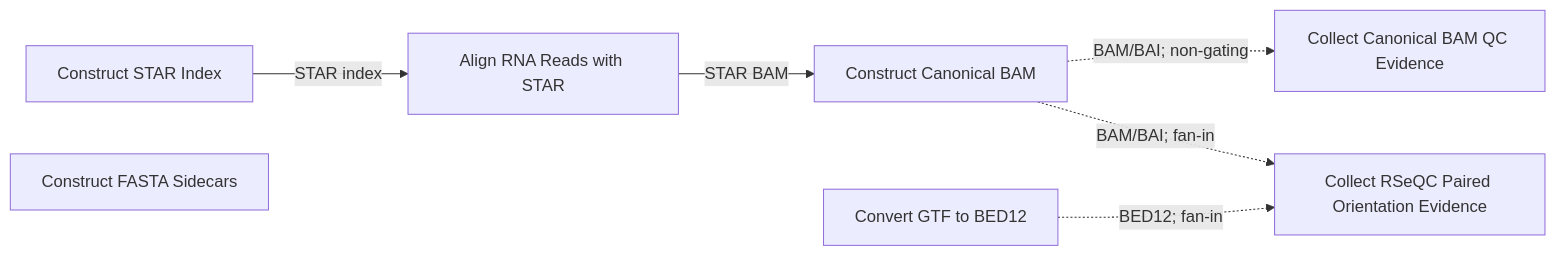
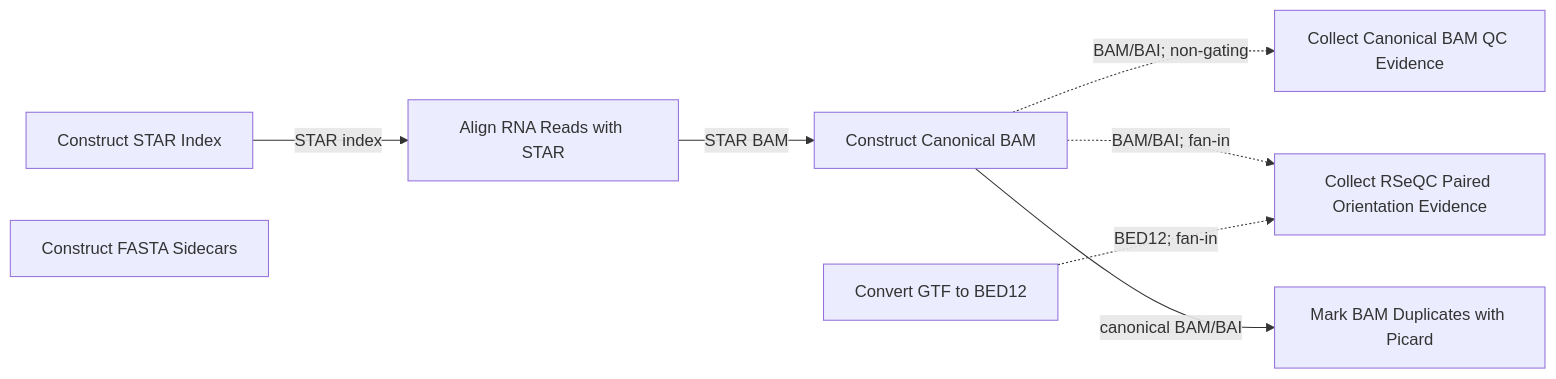
The diagram in src/norad/contracts/STAGE_MAP.md (lab-cats/EMRYS), drawn with Mermaid before and after one commit. The commit also changed other lines of this file, not shown here.

Commit message:
docs: map duplicate marking dependency

````diff
--- a/src/norad/contracts/STAGE_MAP.md
+++ b/src/norad/contracts/STAGE_MAP.md
@@ -99,16 +101,18 @@
 ```mermaid
 flowchart LR
     construct_STAR_index["Construct STAR Index"]
     convert_GTF_to_BED12["Convert GTF to BED12"]
     construct_FASTA_sidecars["Construct FASTA Sidecars"]
     align_RNA_reads_with_STAR["Align RNA Reads with STAR"]
     construct_canonical_BAM["Construct Canonical BAM"]
     collect_canonical_BAM_QC_evidence["Collect Canonical BAM QC Evidence"]
     collect_RSeQC_paired_orientation_evidence["Collect RSeQC Paired Orientation Evidence"]
+    mark_BAM_duplicates_with_Picard["Mark BAM Duplicates with Picard"]
 
     construct_STAR_index -->|STAR index| align_RNA_reads_with_STAR
     align_RNA_reads_with_STAR -->|STAR BAM| construct_canonical_BAM
     construct_canonical_BAM -.->|BAM/BAI; non-gating| collect_canonical_BAM_QC_evidence
     construct_canonical_BAM -.->|BAM/BAI; fan-in| collect_RSeQC_paired_orientation_evidence
     convert_GTF_to_BED12 -.->|BED12; fan-in| collect_RSeQC_paired_orientation_evidence
+    construct_canonical_BAM -->|canonical BAM/BAI| mark_BAM_duplicates_with_Picard
 ```
````
